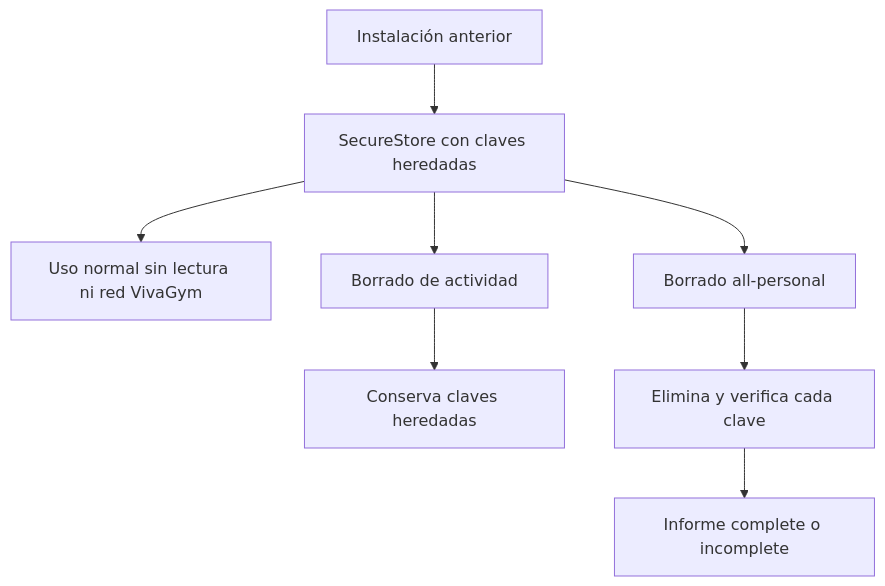
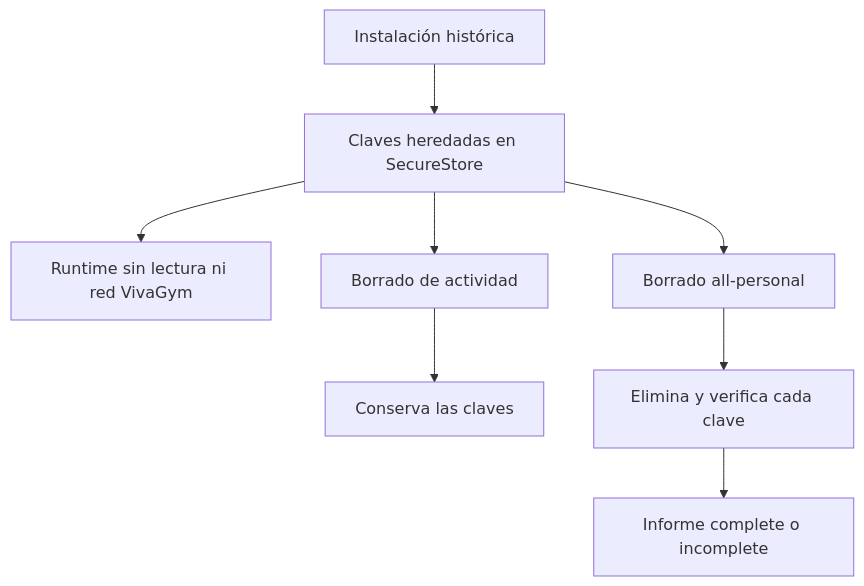
The first of 2 diagrams in openwiki/integrations/vivagym-and-updates.md (maximofn/gymnasia), drawn with Mermaid before and after one commit. The commit also changed other lines of this file and 55 other files, not shown here.

````diff
--- a/openwiki/integrations/vivagym-and-updates.md
+++ b/openwiki/integrations/vivagym-and-updates.md
@@ -77,10 +75,10 @@
 ```mermaid
 flowchart TD
-    OldInstall["Instalación anterior"] --> SecureStore["SecureStore con claves heredadas"]
-    SecureStore --> NormalUse["Uso normal sin lectura ni red VivaGym"]
-    SecureStore --> ActivityDelete["Borrado de actividad"]
-    ActivityDelete --> Preserve["Conserva claves heredadas"]
-    SecureStore --> FullDelete["Borrado all-personal"]
-    FullDelete --> DeleteVerify["Elimina y verifica cada clave"]
-    DeleteVerify --> Report["Informe complete o incomplete"]
+    Install["Instalación histórica"] --> Keys["Claves heredadas en SecureStore"]
+    Keys --> Runtime["Runtime sin lectura ni red VivaGym"]
+    Keys --> Activity["Borrado de actividad"]
+    Activity --> Keep["Conserva las claves"]
+    Keys --> Full["Borrado all-personal"]
+    Full --> Verify["Elimina y verifica cada clave"]
+    Verify --> Result["Informe complete o incomplete"]
 ```
````
